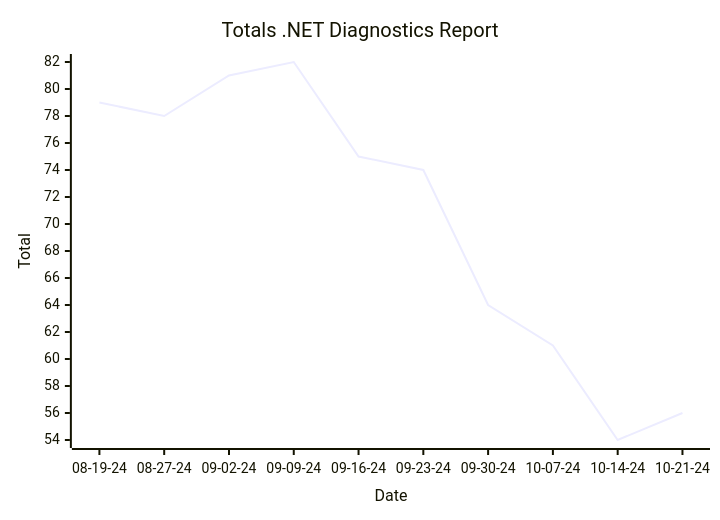
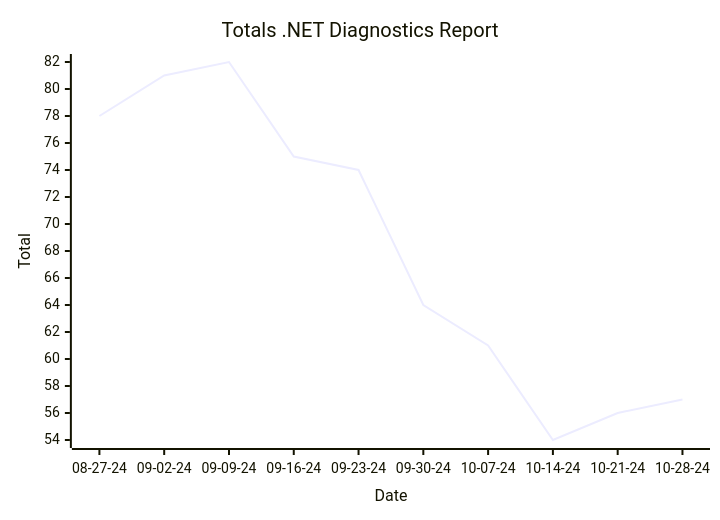
The first of 2 diagrams in reports/README.md (hoyosjs/gh-issue-tracker), drawn with Mermaid before and after one commit. The commit also changed other lines of this file and 4 other files, not shown here.

````diff
--- a/reports/README.md
+++ b/reports/README.md
@@ -7,7 +7,7 @@
 ```mermaid
 xychart-beta
   title "Totals .NET Diagnostics Report"
-  x-axis "Date" ["08-19-24", "08-27-24", "09-02-24", "09-09-24", "09-16-24", "09-23-24", "09-30-24", "10-07-24", "10-14-24", "10-21-24"]
+  x-axis "Date" ["08-27-24", "09-02-24", "09-09-24", "09-16-24", "09-23-24", "09-30-24", "10-07-24", "10-14-24", "10-21-24", "10-28-24"]
   y-axis "Total"
-  line [79, 78, 81, 82, 75, 74, 64, 61, 54, 56]
+  line [78, 81, 82, 75, 74, 64, 61, 54, 56, 57]
 ```
````
